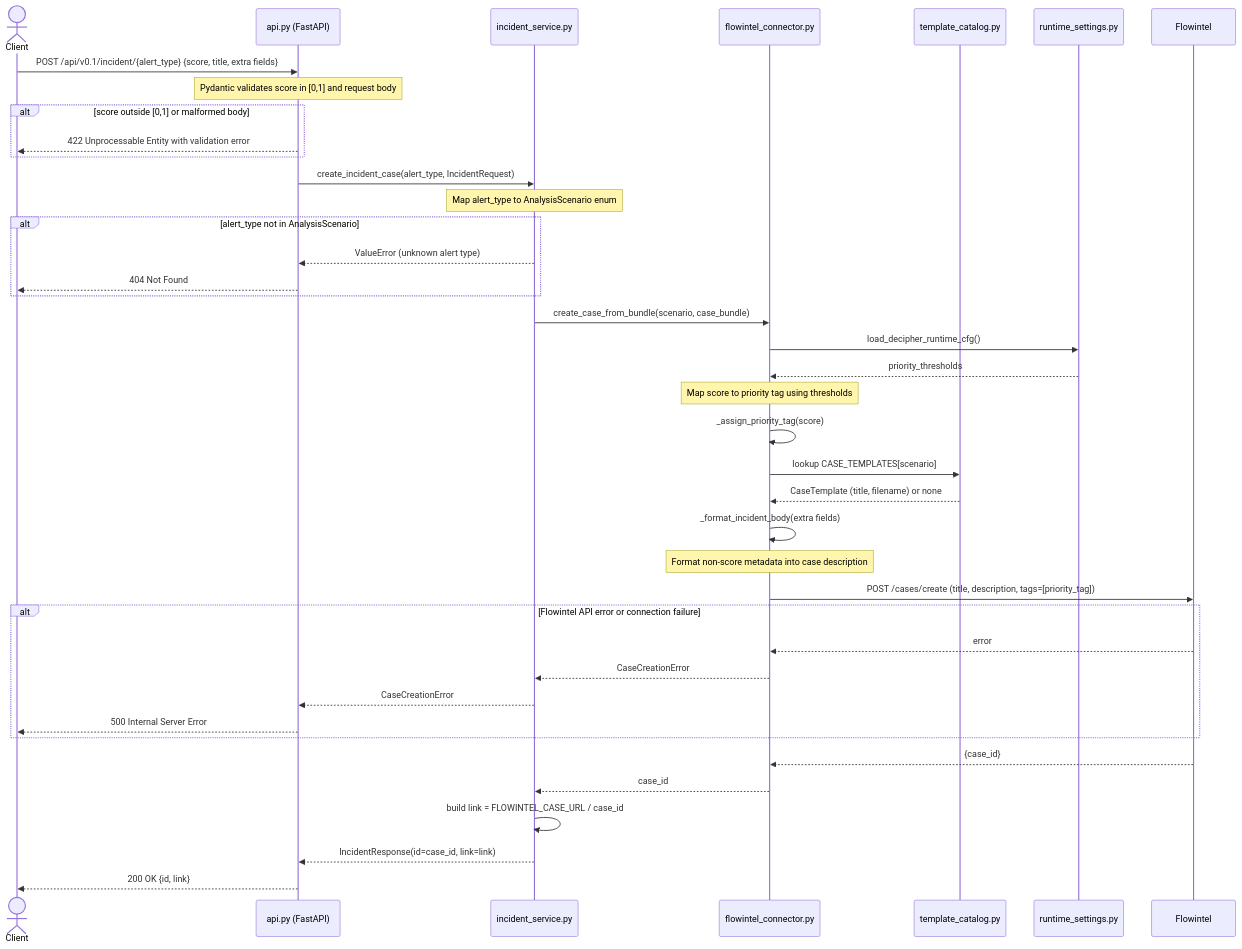
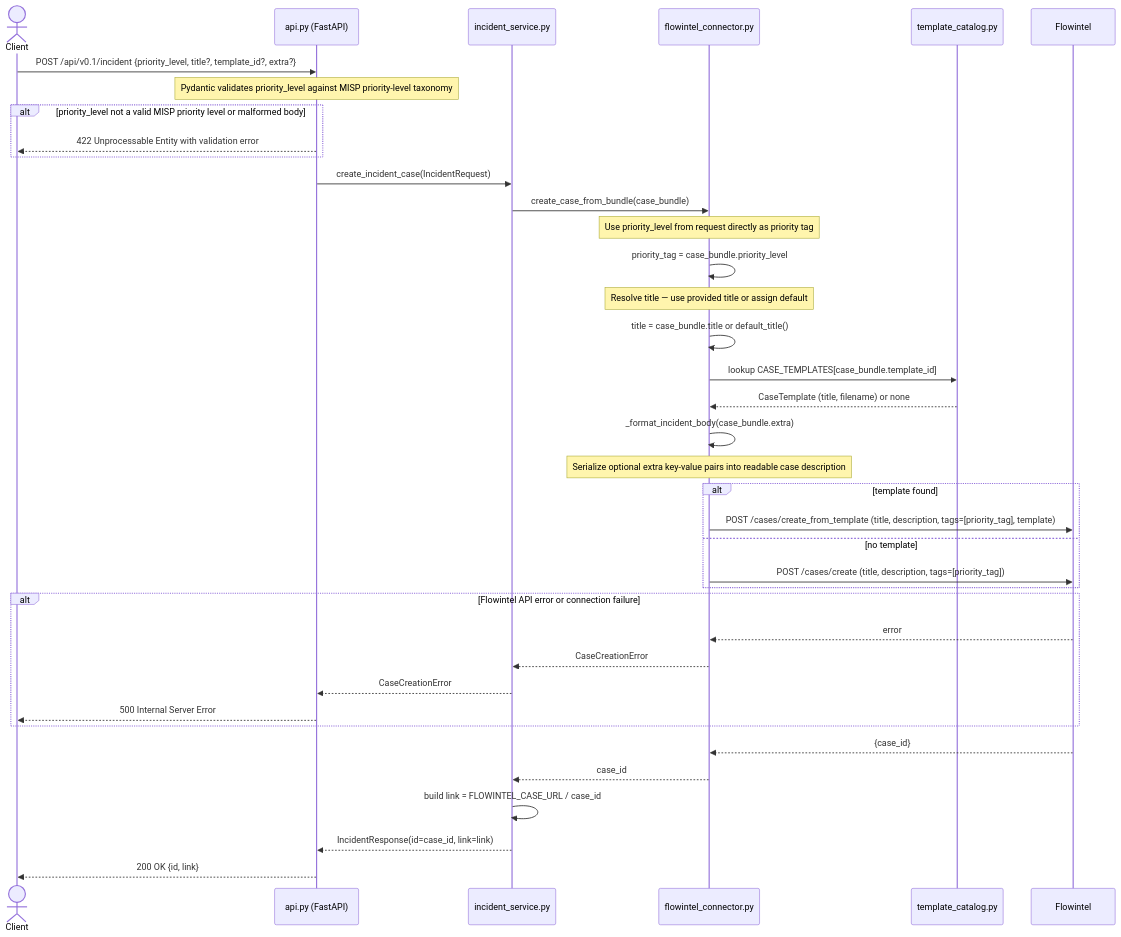
The diagram in docs/specs/SWD/SWD-009.md (AbstractionsLab/satrap-dl), drawn with Mermaid before and after one commit. The commit also changed other lines of this file and 70 other files, not shown here.

````diff
--- a/docs/specs/SWD/SWD-009.md
+++ b/docs/specs/SWD/SWD-009.md
@@ -16,54 +16,51 @@
 ```mermaid
 sequenceDiagram
     actor Client as Client
     participant API as api.py (FastAPI)
     participant IncidentSvc as incident_service.py
     participant FlowConn as flowintel_connector.py
     participant TemplateCatalog as template_catalog.py
-    participant RuntimeCfg as runtime_settings.py
     participant Flowintel as Flowintel
 
-    Client->>API: POST /api/v0.1/incident/{alert_type} {score, title, extra fields}
+    Client->>API: POST /api/v0.1/incident {priority_level, title?, template_id?, extra?}
 
-    note over API: Pydantic validates score in [0,1] and request body
-    alt score outside [0,1] or malformed body
+    note over API: Pydantic validates priority_level against MISP priority-level taxonomy
+    alt priority_level not a valid MISP priority level or malformed body
         API-->>Client: 422 Unprocessable Entity with validation error
     end
 
-    API->>IncidentSvc: create_incident_case(alert_type, IncidentRequest)
+    API->>IncidentSvc: create_incident_case(IncidentRequest)
 
-    note over IncidentSvc: Map alert_type to AnalysisScenario enum
-    alt alert_type not in AnalysisScenario
-        IncidentSvc-->>API: ValueError (unknown alert type)
-        API-->>Client: 404 Not Found
-    end
+    IncidentSvc->>FlowConn: create_case_from_bundle(case_bundle)
 
-    IncidentSvc->>FlowConn: create_case_from_bundle(scenario, case_bundle)
+    note over FlowConn: Use priority_level from request directly as priority tag
+    FlowConn->>FlowConn: priority_tag = case_bundle.priority_level
 
-    FlowConn->>RuntimeCfg: load_decipher_runtime_cfg()
-    RuntimeCfg-->>FlowConn: priority_thresholds
+    note over FlowConn: Resolve title — use provided title or assign default
+    FlowConn->>FlowConn: title = case_bundle.title or default_title()
 
-    note over FlowConn: Map score to priority tag using thresholds
-    FlowConn->>FlowConn: _assign_priority_tag(score)
-
-    FlowConn->>TemplateCatalog: lookup CASE_TEMPLATES[scenario]
+    FlowConn->>TemplateCatalog: lookup CASE_TEMPLATES[case_bundle.template_id]
     TemplateCatalog-->>FlowConn: CaseTemplate (title, filename) or none
 
-    FlowConn->>FlowConn: _format_incident_body(extra fields)
-    note over FlowConn: Format non-score metadata into case description
+    FlowConn->>FlowConn: _format_incident_body(case_bundle.extra)
+    note over FlowConn: Serialize optional extra key-value pairs into readable case description
 
-    FlowConn->>Flowintel: POST /cases/create (title, description, tags=[priority_tag])
+    alt template found
+        FlowConn->>Flowintel: POST /cases/create_from_template (title, description, tags=[priority_tag], template)
+    else no template
+        FlowConn->>Flowintel: POST /cases/create (title, description, tags=[priority_tag])
+    end
 
     alt Flowintel API error or connection failure
         Flowintel-->>FlowConn: error
         FlowConn-->>IncidentSvc: CaseCreationError
         IncidentSvc-->>API: CaseCreationError
         API-->>Client: 500 Internal Server Error
     end
 
     Flowintel-->>FlowConn: {case_id}
     FlowConn-->>IncidentSvc: case_id
     IncidentSvc->>IncidentSvc: build link = FLOWINTEL_CASE_URL / case_id
     IncidentSvc-->>API: IncidentResponse(id=case_id, link=link)
     API-->>Client: 200 OK {id, link}
 ```
````
